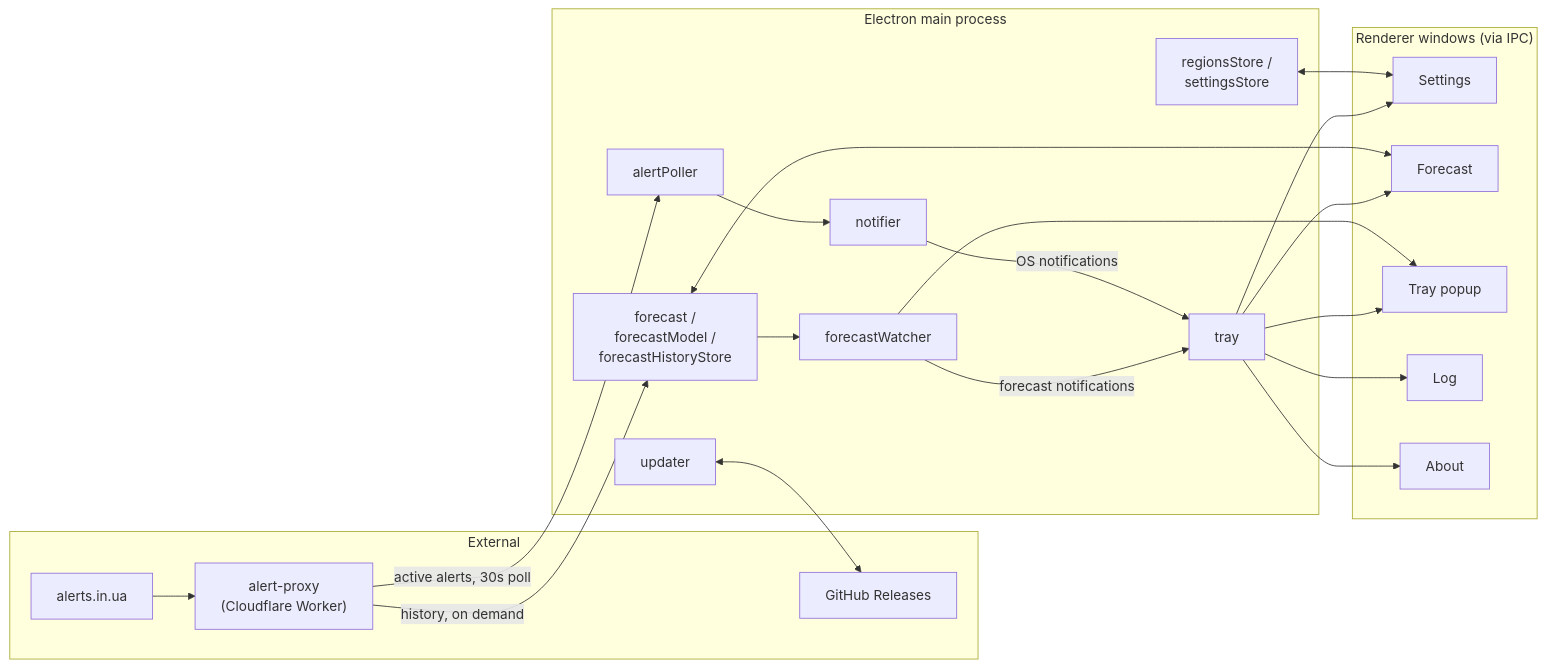
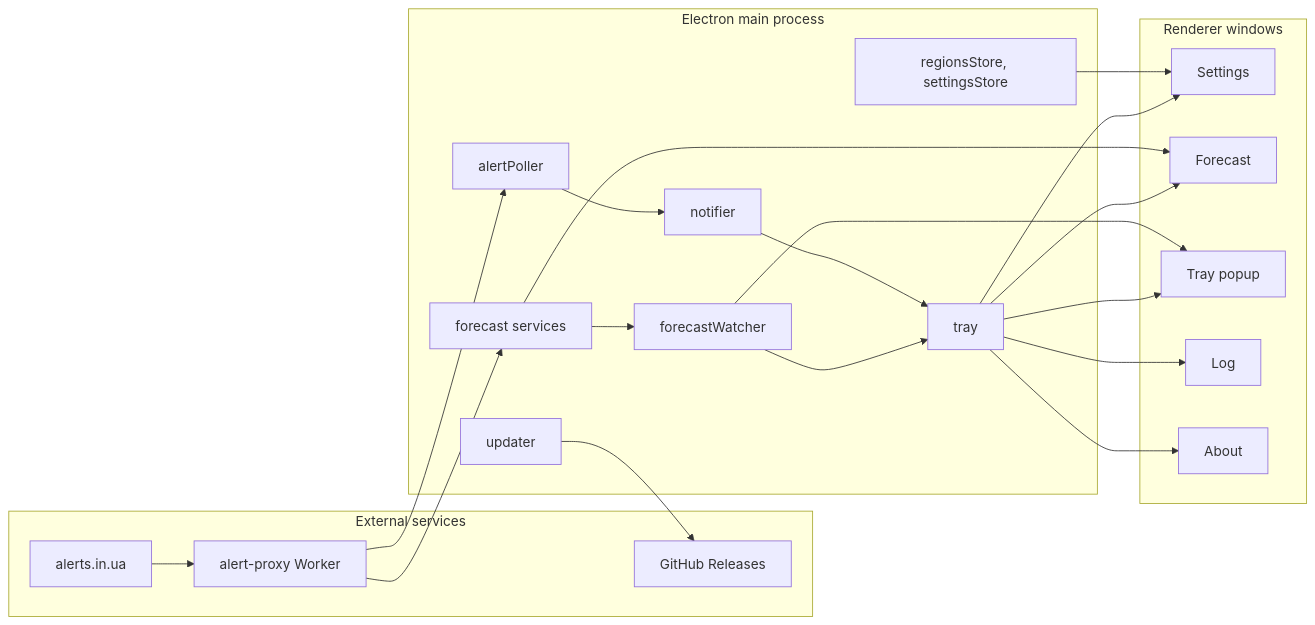
One commit to sergeiown/Alert_Server changed the diagram in README.md. Above: the diagram before and after it, drawn with Mermaid. The commit also changed 1 other file, not shown here.

Commit message:
Simplify Mermaid diagram syntax for broader renderer compatibility
Quoted subgraph["Title"] declarations and <br/> line breaks inside
node labels are a known source of GitHub's Mermaid viewer hanging on
an infinite spinner instead of rendering or erroring. Switched to the
plainest supported form: bare subgraph titles and single-line node
labels.

````diff
--- a/README.md
+++ b/README.md
@@ -11,48 +11,48 @@
 ```mermaid
 flowchart LR
-    subgraph ext["External"]
-        api["alerts.in.ua"]
-        proxy["alert-proxy<br/>(Cloudflare Worker)"]
-        gh["GitHub Releases"]
+    subgraph External services
+        api[alerts.in.ua]
+        proxy[alert-proxy Worker]
+        gh[GitHub Releases]
     end
 
-    subgraph main["Electron main process"]
-        poller["alertPoller"]
-        notifier["notifier"]
-        forecast["forecast /<br/>forecastModel /<br/>forecastHistoryStore"]
-        watcher["forecastWatcher"]
-        tray["tray"]
-        stores["regionsStore /<br/>settingsStore"]
-        updater["updater"]
+    subgraph Electron main process
+        poller[alertPoller]
+        notifier[notifier]
+        forecast[forecast services]
+        watcher[forecastWatcher]
+        tray[tray]
+        stores[regionsStore, settingsStore]
+        updater[updater]
     end
 
-    subgraph windows["Renderer windows (via IPC)"]
-        settingsWin["Settings"]
-        forecastWin["Forecast"]
-        popup["Tray popup"]
-        logWin["Log"]
-        aboutWin["About"]
+    subgraph Renderer windows
+        settingsWin[Settings]
+        forecastWin[Forecast]
+        popup[Tray popup]
+        logWin[Log]
+        aboutWin[About]
     end
 
     api --> proxy
-    proxy -->|active alerts, 30s poll| poller
-    proxy -->|history, on demand| forecast
+    proxy --> poller
+    proxy --> forecast
 
     poller --> notifier
-    notifier -->|OS notifications| tray
+    notifier --> tray
 
     forecast --> watcher
-    watcher -->|forecast notifications| tray
+    watcher --> tray
     watcher --> popup
 
-    stores <--> settingsWin
-    forecast <--> forecastWin
+    stores --> settingsWin
+    forecast --> forecastWin
 
     tray --> settingsWin
     tray --> forecastWin
     tray --> logWin
     tray --> aboutWin
     tray --> popup
 
-    updater <--> gh
+    updater --> gh
 ```
````
